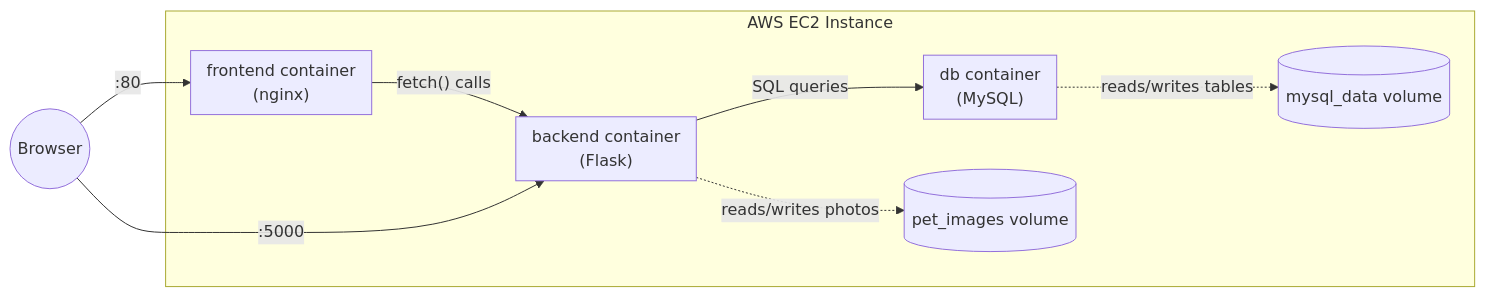
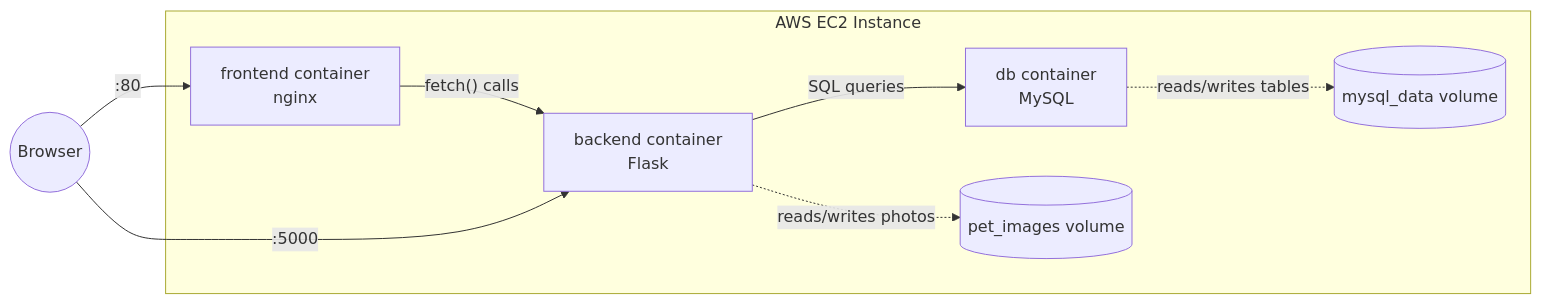
The second of 6 diagrams in ARCHITECTURE.md (ommundada16/pet-adoption-portal), drawn with Mermaid before and after one commit. The commit also changed other lines of this file and 2 other files, not shown here.

Commit message:
Fix broken Mermaid diagram, seed demo data, and a file:// fallback
ARCHITECTURE.md: one diagram had two parallel edges between the same
two nodes (Pending -> Available appeared twice), which is a known
Mermaid/dagre layout bug that produces "Could not find a suitable
point for the given distance" - merged into one labeled edge. Also
simplified the container/volume diagram's subgraph structure to avoid
using empty subgraphs as edge endpoints.

schema.sql: added seed data (1 demo shelter + 3 pets) so every fresh
database - a teammate's laptop, a redeployed AWS server - shows demo
content immediately instead of an empty homepage. This is why a
teammate cloning the repo couldn't see previously-added pets: pet
data lives in each environment's own database, not in Git.

api.js: API_BASE_URL now falls back to localhost:5000 if the page is
opened directly as a file (file://) instead of through Docker/nginx,
since window.location.hostname is empty in that case and silently
broke every API call - the likely cause of a teammate seeing login
and register fail entirely.

Verified all of this against a fully fresh docker compose down -v.

````diff
--- a/ARCHITECTURE.md
+++ b/ARCHITECTURE.md
@@ -31,17 +31,20 @@
 ```mermaid
 flowchart LR
+    Browser((Browser))
+
     subgraph VM["AWS EC2 Instance"]
-        subgraph FE["frontend container<br/>(nginx)"]
-        end
-        subgraph BE["backend container<br/>(Flask)"]
-        end
-        subgraph DB["db container<br/>(MySQL)"]
-        end
+        FE["frontend container<br/>nginx"]
+        BE["backend container<br/>Flask"]
+        DB["db container<br/>MySQL"]
+        VOL1[("pet_images volume")]
+        VOL2[("mysql_data volume")]
+
         FE -->|"fetch() calls"| BE
         BE -->|SQL queries| DB
-        BE -.->|reads/writes photos| VOL1[("pet_images volume")]
-        DB -.->|reads/writes tables| VOL2[("mysql_data volume")]
+        BE -.->|reads/writes photos| VOL1
+        DB -.->|reads/writes tables| VOL2
     end
-    Browser((Browser)) -->|":80"| FE
+
+    Browser -->|":80"| FE
     Browser -->|":5000"| BE
 ```
````
